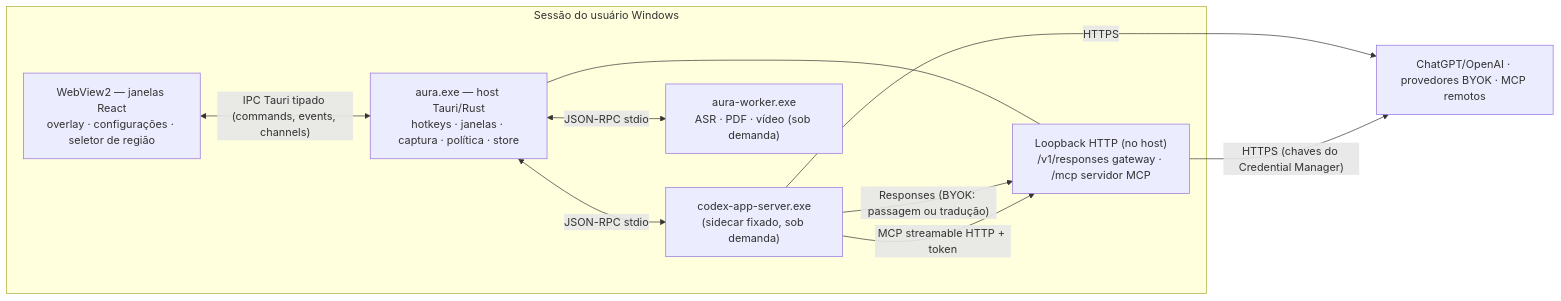
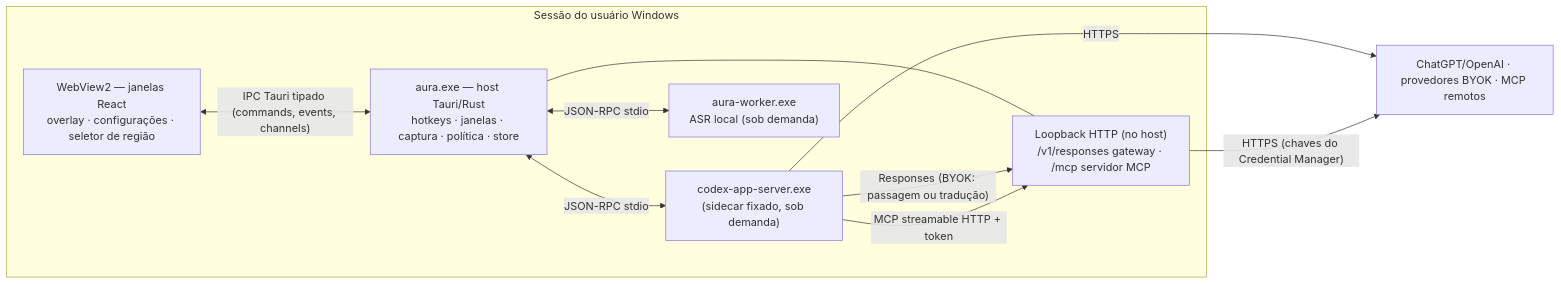
Before and after one commit to VIDORETTO/aura-windows: the diagram in docs/architecture/overview.md, drawn with Mermaid. The commit also changed other lines of this file and 2 other files, not shown here.

````diff
--- a/docs/architecture/overview.md
+++ b/docs/architecture/overview.md
@@ -7,20 +7,20 @@
 ```mermaid
 flowchart LR
   subgraph User["Sessão do usuário Windows"]
     UI["WebView2 — janelas React<br/>overlay · configurações · seletor de região"]
     Host["aura.exe — host Tauri/Rust<br/>hotkeys · janelas · captura · política · store"]
     GW["Loopback HTTP (no host)<br/>/v1/responses gateway · /mcp servidor MCP"]
     Codex["codex-app-server.exe<br/>(sidecar fixado, sob demanda)"]
-    Worker["aura-worker.exe<br/>ASR · PDF · vídeo (sob demanda)"]
+    Worker["aura-worker.exe<br/>ASR local (sob demanda)"]
   end
   Cloud["ChatGPT/OpenAI · provedores BYOK · MCP remotos"]
 
   UI <-- "IPC Tauri tipado (commands, events, channels)" --> Host
   Host <-- "JSON-RPC stdio" --> Codex
   Host <-- "JSON-RPC stdio" --> Worker
   Host --- GW
   Codex -- "Responses (BYOK: passagem ou tradução)" --> GW
   Codex -- "MCP streamable HTTP + token" --> GW
   Codex -- "HTTPS" --> Cloud
   GW -- "HTTPS (chaves do Credential Manager)" --> Cloud
 ```
````
